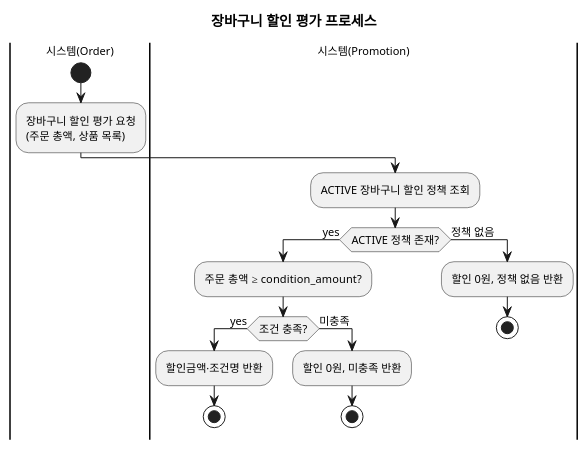
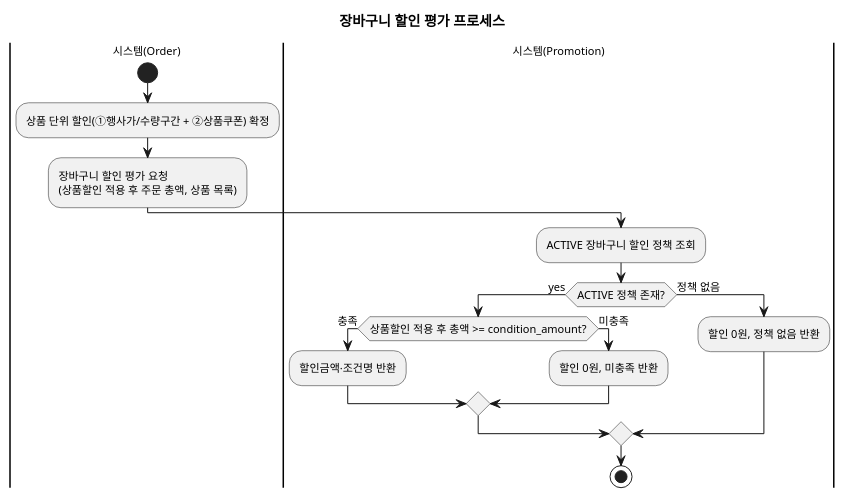
One commit to parknahyun/runNShop changed the fifth of 8 diagrams in docs/자산화-단계별/S2-구조설계/DH-비즈니스프로세스(Promotion).md. Above: the diagram before and after it, drawn with PlantUML. The commit also changed other lines of this file and 4 other files, not shown here.

````diff
--- a/docs/자산화-단계별/S2-구조설계/DH-비즈니스프로세스(Promotion).md
+++ b/docs/자산화-단계별/S2-구조설계/DH-비즈니스프로세스(Promotion).md
@@ -218,29 +228,28 @@
 ```plantuml
 @startuml
 skinparam backgroundColor transparent
 skinparam defaultFontSize 11
 title 장바구니 할인 평가 프로세스
 
 |시스템(Order)|
 start
-:장바구니 할인 평가 요청\n(주문 총액, 상품 목록);
+:상품 단위 할인(①행사가/수량구간 + ②상품쿠폰) 확정;
+:장바구니 할인 평가 요청\n(상품할인 적용 후 주문 총액, 상품 목록);
 
 |시스템(Promotion)|
 :ACTIVE 장바구니 할인 정책 조회;
 
 if (ACTIVE 정책 존재?) then (yes)
-  :주문 총액 ≥ condition_amount?;
-  if (조건 충족?) then (yes)
+  if (상품할인 적용 후 총액 >= condition_amount?) then (충족)
     :할인금액·조건명 반환;
-    stop
   else (미충족)
     :할인 0원, 미충족 반환;
-    stop
   endif
 else (정책 없음)
   :할인 0원, 정책 없음 반환;
-  stop
 endif
+
+stop
 
 @enduml
 ```
````
